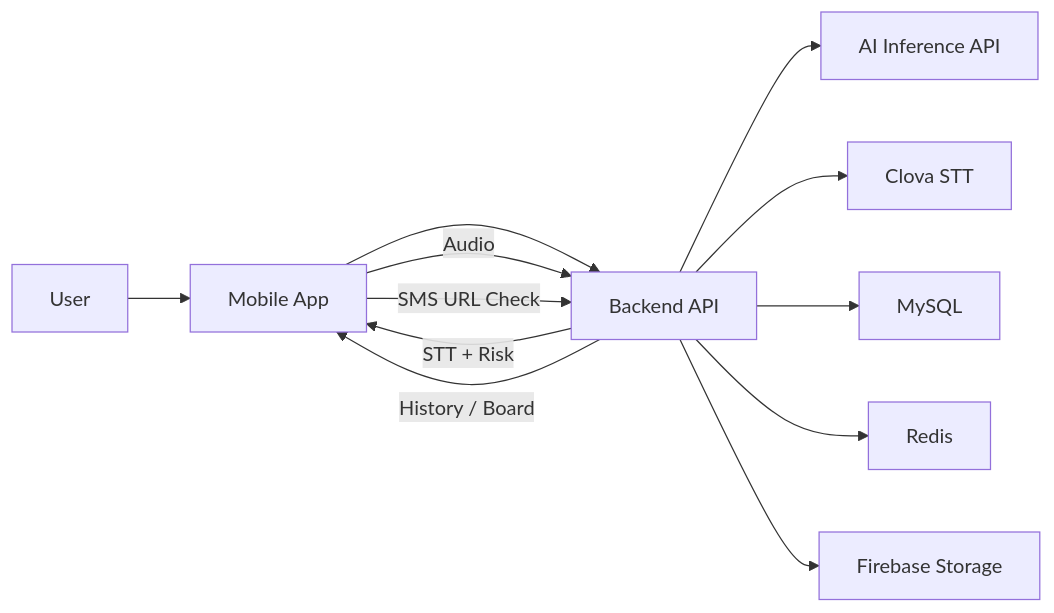
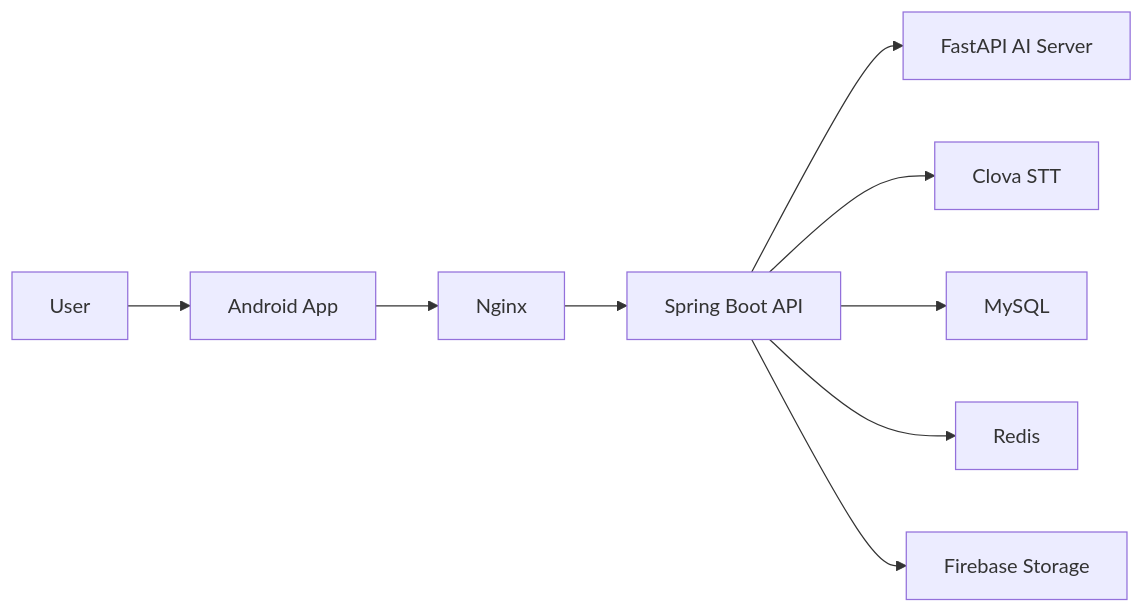
One commit to LUNO-phishing/.github changed the diagram in profile/README.md. Above: the diagram before and after it, drawn with Mermaid. The commit also changed other lines of this file, not shown here.

````diff
--- a/profile/README.md
+++ b/profile/README.md
@@ -22,15 +33,11 @@
 ```mermaid
 flowchart LR
-    U["User"] --> M["Mobile App"]
-    M --> B["Backend API"]
-    B --> A["AI Inference API"]
-    B --> S["Clova STT"]
+    U["User"] --> M["Android App"]
+    M --> N["Nginx"]
+    N --> B["Spring Boot API"]
+    B --> A["FastAPI AI Server"]
+    B --> C["Clova STT"]
     B --> D["MySQL"]
     B --> R["Redis"]
     B --> F["Firebase Storage"]
-
-    M -->|Audio| B
-    B -->|STT + Risk| M
-    M -->|SMS URL Check| B
-    B -->|History / Board| M
 ```
````
